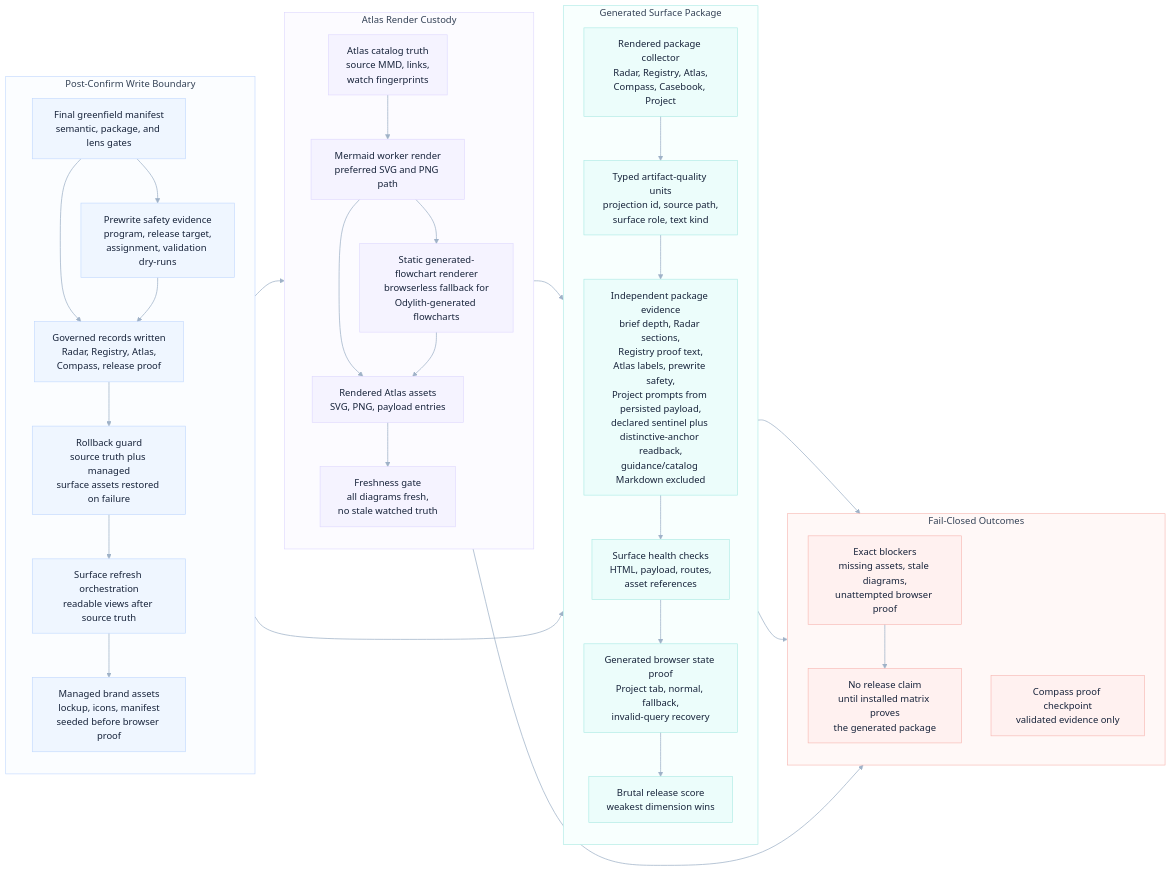
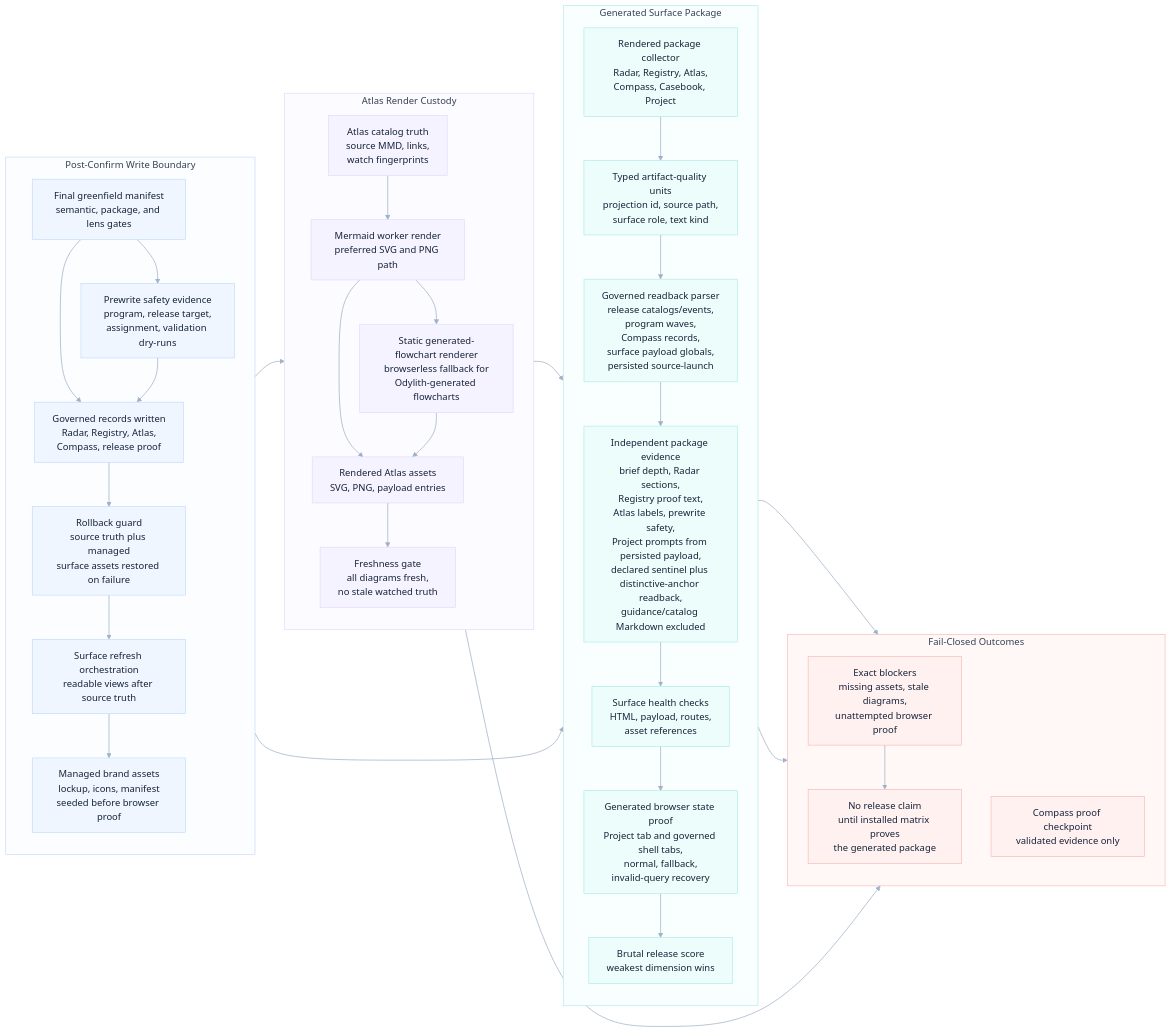
Before and after one commit to odylith/odylith: the diagram in odylith/atlas/source/greenfield-rendered-surface-and-static-atlas-custody.mmd, drawn with Mermaid. The commit also changed 52 other files, not shown here.

Commit message:
Harden greenfield governed readback scoring

```diff
--- a/odylith/atlas/source/greenfield-rendered-surface-and-static-atlas-custody.mmd
+++ b/odylith/atlas/source/greenfield-rendered-surface-and-static-atlas-custody.mmd
@@ -1,75 +1,77 @@
 flowchart LR
     subgraph write_lane["Post-Confirm Write Boundary"]
       direction TB
       final_manifest["Final greenfield manifest<br/>semantic, package, and lens gates"]
       prewrite_safety["Prewrite safety evidence<br/>program, release target,<br/>assignment, validation dry-runs"]
       governed_write["Governed records written<br/>Radar, Registry, Atlas,<br/>Compass, release proof"]
       rollback_guard["Rollback guard<br/>source truth plus managed<br/>surface assets restored on failure"]
       dashboard_refresh["Surface refresh orchestration<br/>readable views after source truth"]
       brand_assets["Managed brand assets<br/>lockup, icons, manifest<br/>seeded before browser proof"]
     end
 
     subgraph atlas_lane["Atlas Render Custody"]
       direction TB
       catalog_truth["Atlas catalog truth<br/>source MMD, links,<br/>watch fingerprints"]
       mermaid_worker["Mermaid worker render<br/>preferred SVG and PNG path"]
       static_renderer["Static generated-flowchart renderer<br/>browserless fallback for<br/>Odylith-generated flowcharts"]
       rendered_assets["Rendered Atlas assets<br/>SVG, PNG, payload entries"]
       freshness_gate["Freshness gate<br/>all diagrams fresh,<br/>no stale watched truth"]
     end
 
     subgraph surface_lane["Generated Surface Package"]
       direction TB
       rendered_package["Rendered package collector<br/>Radar, Registry, Atlas,<br/>Compass, Casebook, Project"]
       typed_units["Typed artifact-quality units<br/>projection id, source path,<br/>surface role, text kind"]
+      governed_readback["Governed readback parser<br/>release catalogs/events,<br/>program waves,<br/>Compass records,<br/>surface payload globals,<br/>persisted source-launch"]
       evidence_readback["Independent package evidence<br/>brief depth, Radar sections,<br/>Registry proof text,<br/>Atlas labels, prewrite safety,<br/>Project prompts from persisted payload,<br/>declared sentinel plus distinctive-anchor readback,<br/>guidance/catalog Markdown excluded"]
       surface_health["Surface health checks<br/>HTML, payload, routes,<br/>asset references"]
-      browser_state["Generated browser state proof<br/>Project tab, normal, fallback,<br/>invalid-query recovery"]
+      browser_state["Generated browser state proof<br/>Project tab and governed shell tabs,<br/>normal, fallback,<br/>invalid-query recovery"]
       hard_score["Brutal release score<br/>weakest dimension wins"]
     end
 
     subgraph blocker_lane["Fail-Closed Outcomes"]
       direction TB
       exact_blockers["Exact blockers<br/>missing assets, stale diagrams,<br/>unattempted browser proof"]
       no_release_claim["No release claim<br/>until installed matrix proves<br/>the generated package"]
       proof_checkpoint["Compass proof checkpoint<br/>validated evidence only"]
     end
 
     final_manifest --> governed_write
     final_manifest --> prewrite_safety
     prewrite_safety --> governed_write
     governed_write --> rollback_guard
     rollback_guard --> dashboard_refresh
     dashboard_refresh --> brand_assets
     brand_assets --> surface_health
     dashboard_refresh --> catalog_truth
     catalog_truth --> mermaid_worker
     mermaid_worker --> rendered_assets
     mermaid_worker --> static_renderer
     static_renderer --> rendered_assets
     rendered_assets --> freshness_gate
     freshness_gate --> rendered_package
     rendered_package --> typed_units
-    typed_units --> evidence_readback
+    typed_units --> governed_readback
+    governed_readback --> evidence_readback
     evidence_readback --> surface_health
     surface_health --> browser_state
     browser_state --> hard_score
     hard_score --> proof_checkpoint
     freshness_gate --> exact_blockers
     surface_health --> exact_blockers
     exact_blockers --> no_release_claim
 
     classDef write fill:#EFF6FF,stroke:#BFD7FE,color:#17233A,stroke-width:1px;
     classDef atlas fill:#F5F3FF,stroke:#DDD6FE,color:#17233A,stroke-width:1px;
     classDef surface fill:#ECFDFB,stroke:#A7E9E3,color:#17233A,stroke-width:1px;
     classDef blocker fill:#FFF1F0,stroke:#F7B4AE,color:#17233A,stroke-width:1px;
     class final_manifest,prewrite_safety,governed_write,rollback_guard,dashboard_refresh,brand_assets write;
     class catalog_truth,mermaid_worker,static_renderer,rendered_assets,freshness_gate atlas;
-    class rendered_package,typed_units,evidence_readback,surface_health,browser_state,hard_score surface;
+    class rendered_package,typed_units,governed_readback,evidence_readback,surface_health,browser_state,hard_score surface;
     class exact_blockers,no_release_claim,proof_checkpoint blocker;
 
     style write_lane fill:#FBFDFF,stroke:#BFD7FE,stroke-width:1px,color:#334155
     style atlas_lane fill:#FCFBFF,stroke:#DDD6FE,stroke-width:1px,color:#334155
     style surface_lane fill:#F8FFFE,stroke:#A7E9E3,stroke-width:1px,color:#334155
     style blocker_lane fill:#FFF8F7,stroke:#F7B4AE,stroke-width:1px,color:#334155
     linkStyle default stroke:#9FB2C8,stroke-width:1.25px
```
